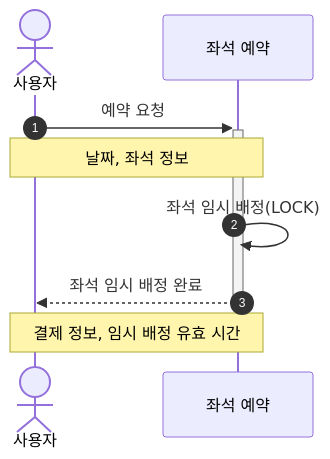
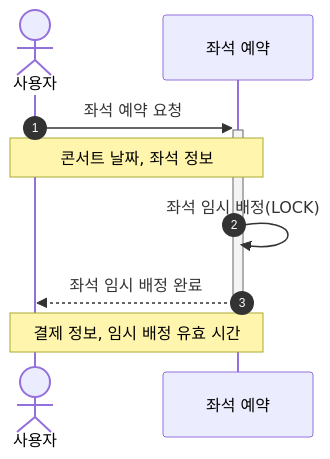
The fifth of 8 diagrams in README.md (kdelay/Concert-Booking), drawn with Mermaid before and after one commit. The commit also changed other lines of this file, not shown here.

Commit message:
docs: [#1] 사용자 식별자 수정, 잔액 충전/조회 시퀀스 분리

````diff
--- a/README.md
+++ b/README.md
@@ -117,10 +120,10 @@
 ```mermaid
 sequenceDiagram
     autonumber
     actor 사용자
-    사용자 ->>+ 좌석 예약: 예약 요청
-    Note over 사용자, 좌석 예약: 날짜, 좌석 정보
+    사용자 ->>+ 좌석 예약: 좌석 예약 요청
+    Note over 사용자, 좌석 예약: 콘서트 날짜, 좌석 정보
     좌석 예약 ->> 좌석 예약: 좌석 임시 배정(LOCK)
     좌석 예약 -->>- 사용자: 좌석 임시 배정 완료
     Note over 사용자, 좌석 예약: 결제 정보, 임시 배정 유효 시간
 ```
````
